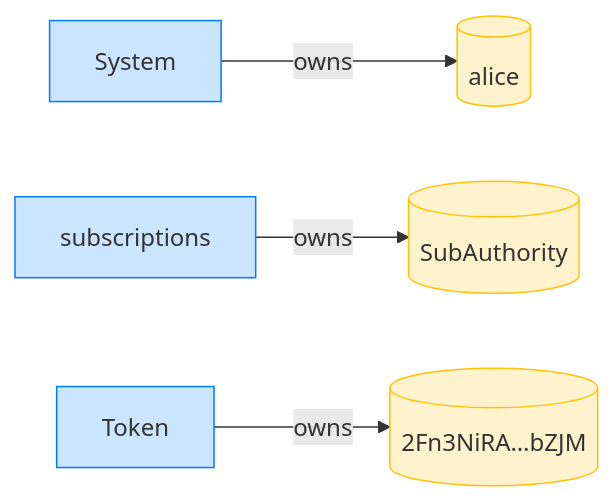
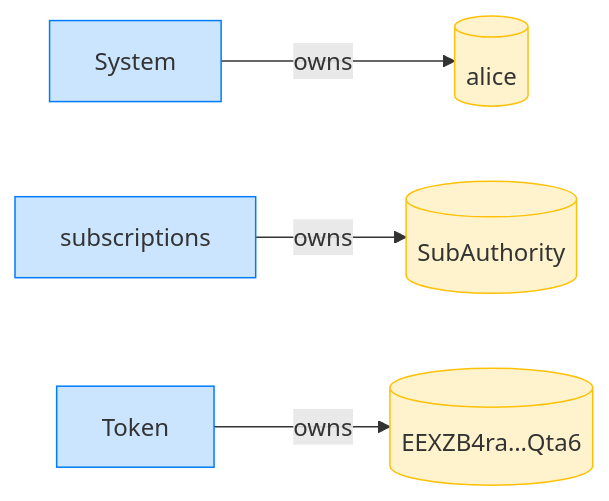
The fourth of 12 diagrams in dsl_tests/transfer-subscription--no-whitelist-allows-any-receiver.md (cds-rs/subscriptions), drawn with Mermaid before and after one commit. The commit also changed other lines of this file and 224 other files, not shown here.

````diff
--- a/dsl_tests/transfer-subscription--no-whitelist-allows-any-receiver.md
+++ b/dsl_tests/transfer-subscription--no-whitelist-allows-any-receiver.md
@@ -73,14 +78,14 @@
 ```mermaid
 flowchart LR
     classDef owner fill:#cce5ff,stroke:#007bff;
     classDef account fill:#fff3cd,stroke:#ffc107;
     System[System]:::owner
     alice[(alice)]:::account
     subscriptions[subscriptions]:::owner
     SubAuthority[(SubAuthority)]:::account
     Token[Token]:::owner
-    2Fn3NiRA_bZJM[("2Fn3NiRA…bZJM")]:::account
+    EEXZB4ra_Qta6[("EEXZB4ra…Qta6")]:::account
     System -->|owns| alice
     subscriptions -->|owns| SubAuthority
-    Token -->|owns| 2Fn3NiRA_bZJM
+    Token -->|owns| EEXZB4ra_Qta6
 ```
````
